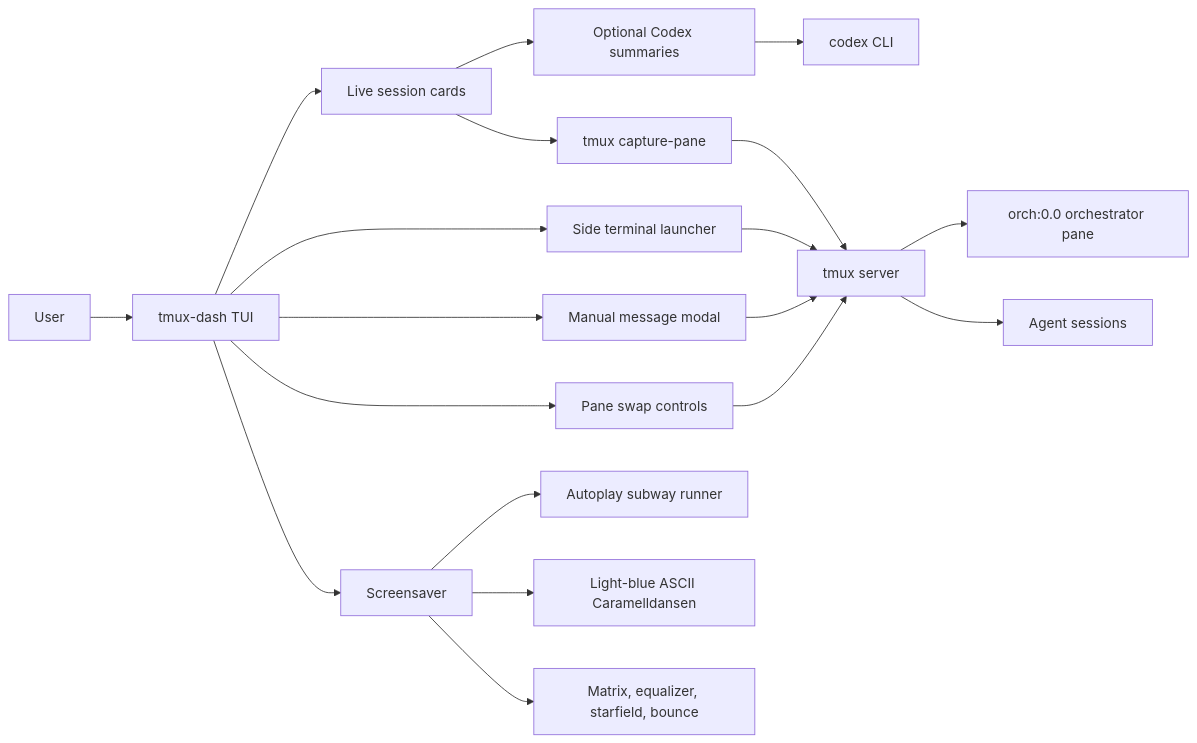
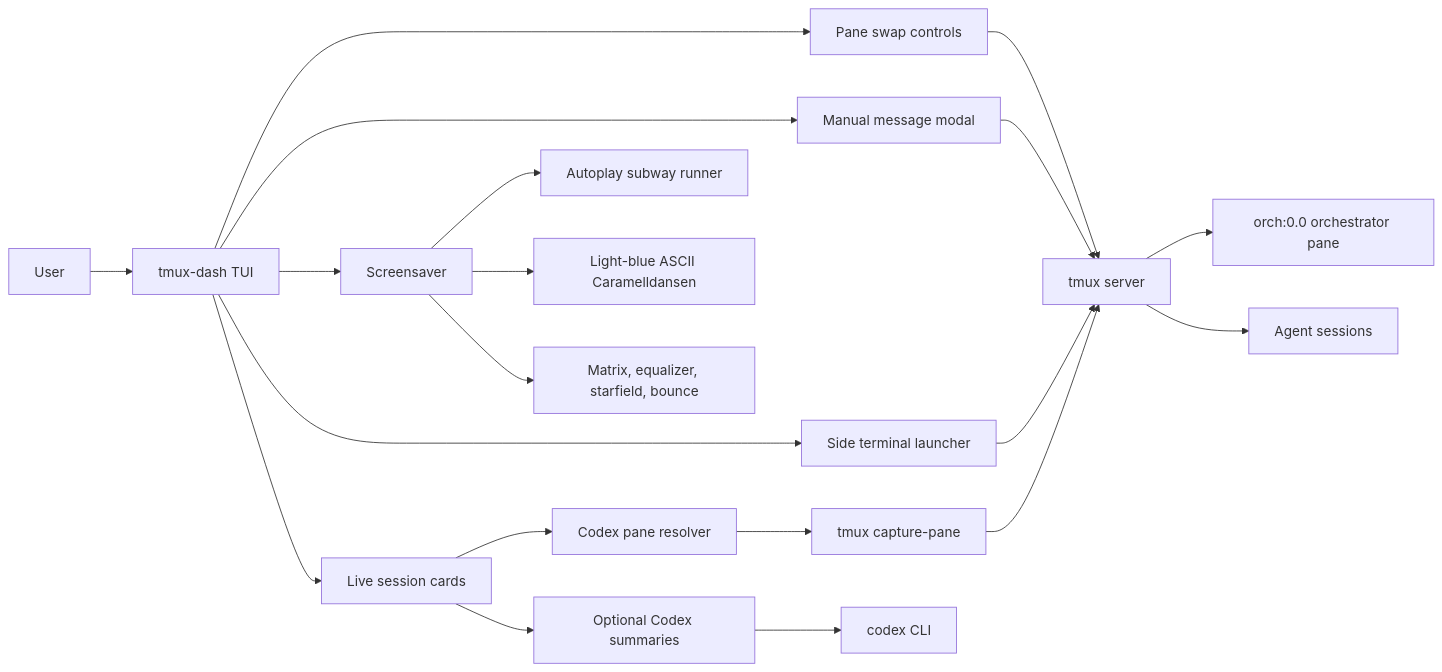
Before and after one commit to sethkarten/tmux-dash: the first of 2 diagrams in docs/system.md, drawn with Mermaid. The commit also changed other lines of this file and 3 other files, not shown here.

````diff
--- a/docs/system.md
+++ b/docs/system.md
@@ -10,26 +10,27 @@
 ```mermaid
 flowchart LR
     user[User] --> tui[tmux-dash TUI]
 
     tui --> cards[Live session cards]
     tui --> swap[Pane swap controls]
     tui --> msg[Manual message modal]
     tui --> term[Side terminal launcher]
     tui --> saver[Screensaver]
 
-    cards --> capture[tmux capture-pane]
+    cards --> resolver[Codex pane resolver]
+    resolver --> capture[tmux capture-pane]
     cards --> summaries[Optional Codex summaries]
     summaries --> codex[codex CLI]
 
     swap --> tmux[tmux server]
     msg --> tmux
     term --> tmux
     capture --> tmux
 
     tmux --> orch[orch:0.0 orchestrator pane]
     tmux --> agents[Agent sessions]
 
     saver --> subway[Autoplay subway runner]
     saver --> ascii[Light-blue ASCII Caramelldansen]
     saver --> modes[Matrix, equalizer, starfield, bounce]
 ```
````
